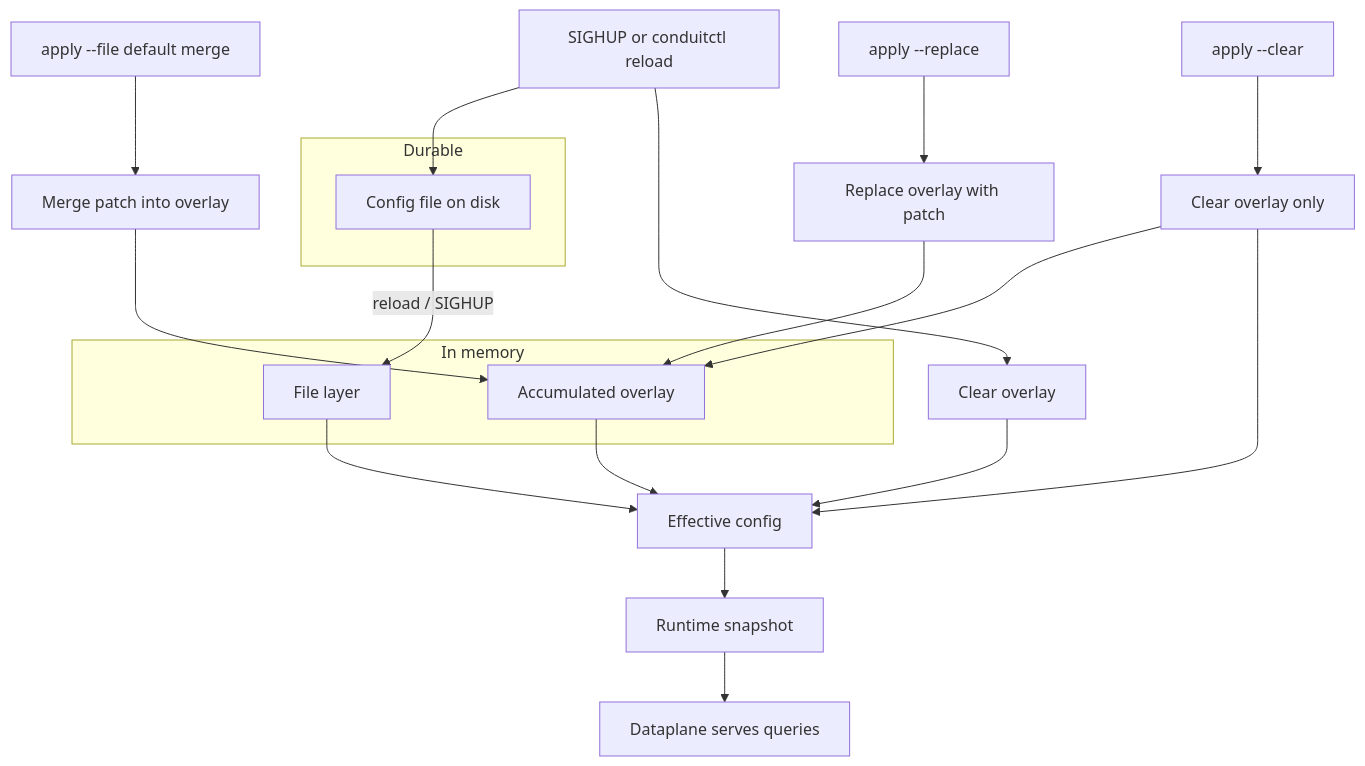
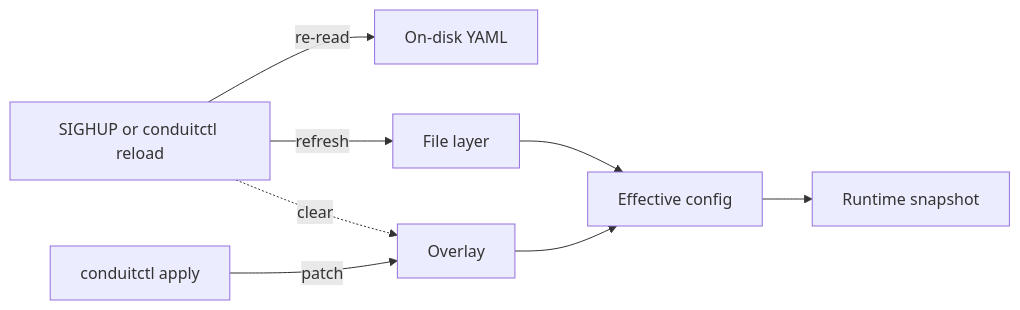
The diagram in operator-docs/docs/control-plane/reload-and-export.md (egon1024/DNSConduit), drawn with Mermaid before and after one commit. The commit also changed other lines of this file and 9 other files, not shown here.

Commit message:
Config updates to fail when dynamic updates apply things that won't apply dynamically (yet).  More doc updates.

````diff
--- a/operator-docs/docs/control-plane/reload-and-export.md
+++ b/operator-docs/docs/control-plane/reload-and-export.md
@@ -21,25 +23,18 @@
 ```mermaid
-flowchart TD
-  subgraph durable [Durable]
-    Disk[Config file on disk]
-  end
-  subgraph memory [In memory]
-    File[File layer]
-    Overlay[Accumulated overlay]
-  end
-  Disk -->|reload / SIGHUP| File
-  File --> Merge[Effective config]
-  Overlay --> Merge
-  Merge --> Snapshot[Runtime snapshot]
-  Snapshot --> DNS[Dataplane serves queries]
-  Reload[SIGHUP or conduitctl reload] --> Disk
-  Reload --> ClearO[Clear overlay]
-  ClearO --> Merge
-  ApplyM[apply --file default merge] --> Acc[Merge patch into overlay]
-  ApplyR[apply --replace] --> SetO[Replace overlay with patch]
-  ApplyC[apply --clear] --> DropO[Clear overlay only]
-  Acc --> Overlay
-  SetO --> Overlay
-  DropO --> Overlay
-  DropO --> Merge
+flowchart LR
+  Disk[On-disk YAML]
+  Reload[SIGHUP or conduitctl reload]
+  Apply[conduitctl apply]
+  File[File layer]
+  Overlay[Overlay]
+  Eff[Effective config]
+  Snap[Runtime snapshot]
+
+  Reload -->|re-read| Disk
+  Reload -->|refresh| File
+  Reload -.->|clear| Overlay
+  Apply -->|patch| Overlay
+  File --> Eff
+  Overlay --> Eff
+  Eff --> Snap
 ```
````
